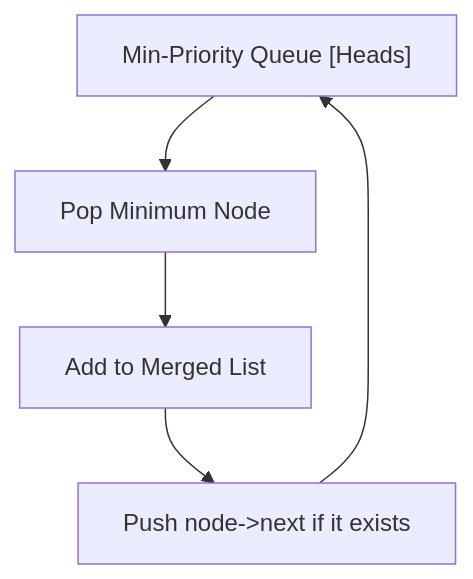
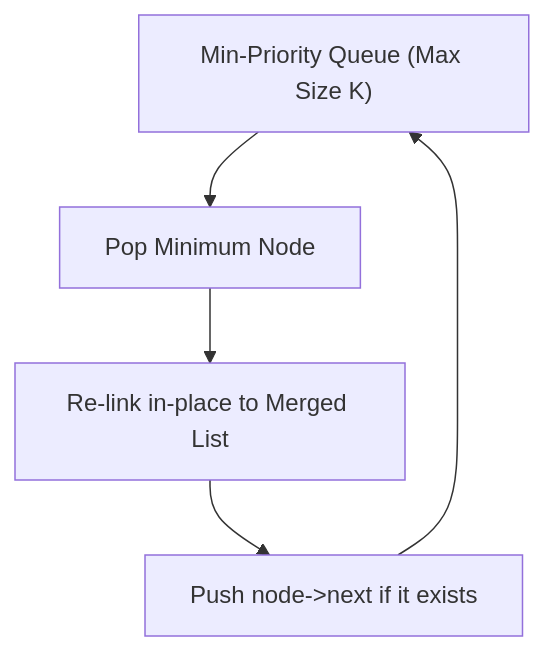
Before and after one commit to abhicodbase/dsa-wiki: the first of 2 diagrams in merge-k-sorted-lists/README.md, drawn with Mermaid. The commit also changed other lines of this file and 1 other file, not shown here.

````diff
--- a/merge-k-sorted-lists/README.md
+++ b/merge-k-sorted-lists/README.md
@@ -11,7 +13,7 @@
 ```mermaid
 graph TD
-    PQ["Min-Priority Queue [Heads]"] --> Extract["Pop Minimum Node"]
-    Extract --> Append["Add to Merged List"]
+    PQ["Min-Priority Queue (Max Size K)"] --> Extract["Pop Minimum Node"]
+    Extract --> Append["Re-link in-place to Merged List"]
     Append --> Next["Push node->next if it exists"]
     Next --> PQ
 ```
````
